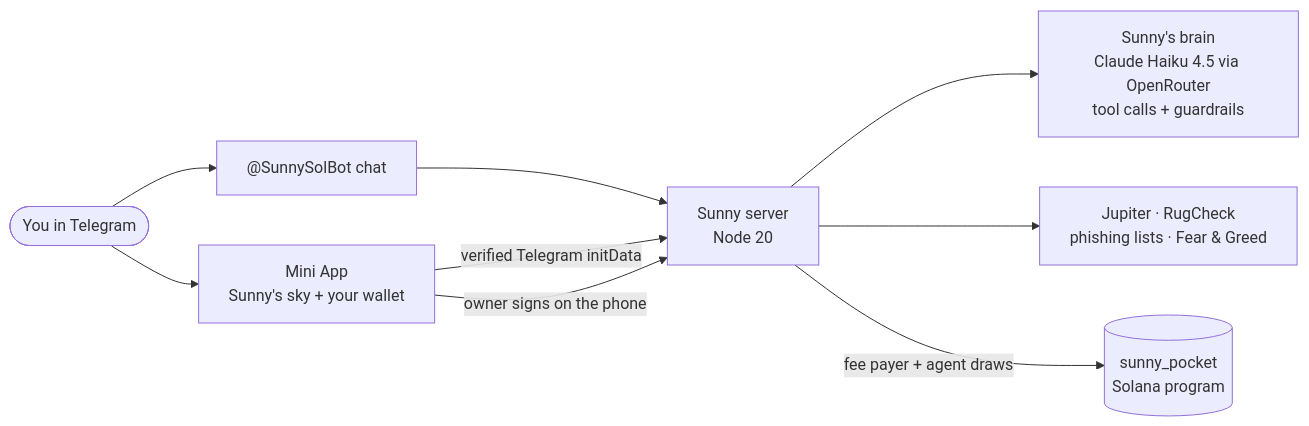
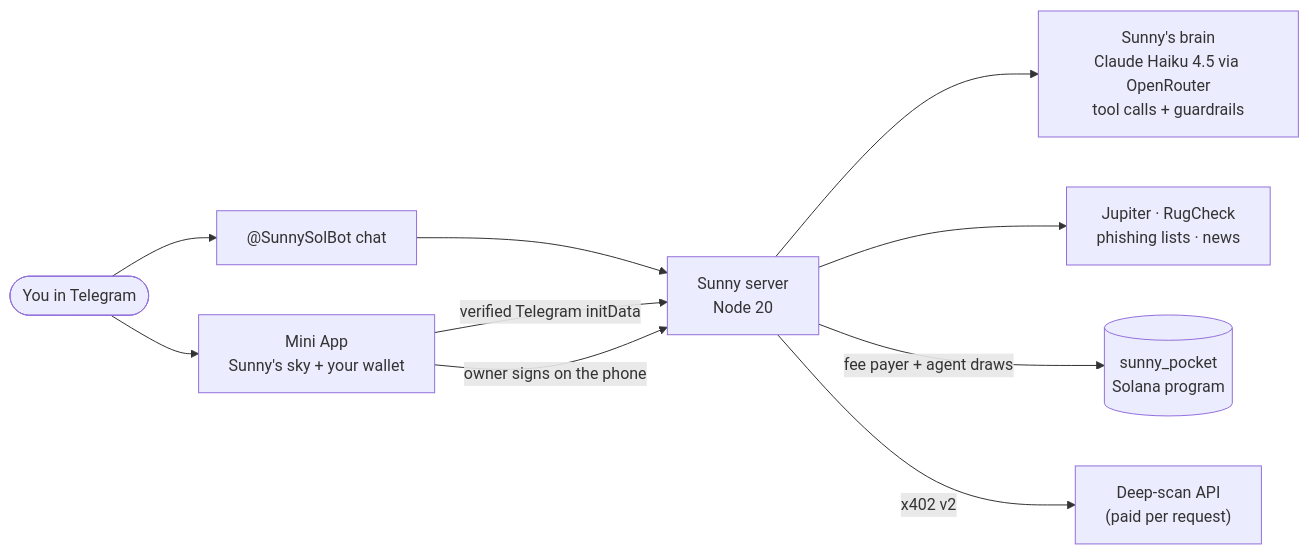
One commit to jmgomezl/sunny changed the diagram in README.md. Above: the diagram before and after it, drawn with Mermaid. The commit also changed other lines of this file and 23 other files, not shown here.

````diff
--- a/README.md
+++ b/README.md
@@ -73,11 +204,12 @@
 ```mermaid
 flowchart LR
   you(["You in Telegram"]) --> chat["@SunnySolBot chat"]
   you --> app["Mini App<br/>Sunny's sky + your wallet"]
   chat --> server["Sunny server<br/>Node 20"]
   app -- "verified Telegram initData" --> server
   server --> brain["Sunny's brain<br/>Claude Haiku 4.5 via OpenRouter<br/>tool calls + guardrails"]
-  server --> data["Jupiter · RugCheck<br/>phishing lists · Fear & Greed"]
+  server --> data["Jupiter · RugCheck<br/>phishing lists · news"]
   app -- "owner signs on the phone" --> server
   server -- "fee payer + agent draws" --> program[("sunny_pocket<br/>Solana program")]
+  server -- "x402 v2" --> scan["Deep-scan API<br/>(paid per request)"]
 ```
````
